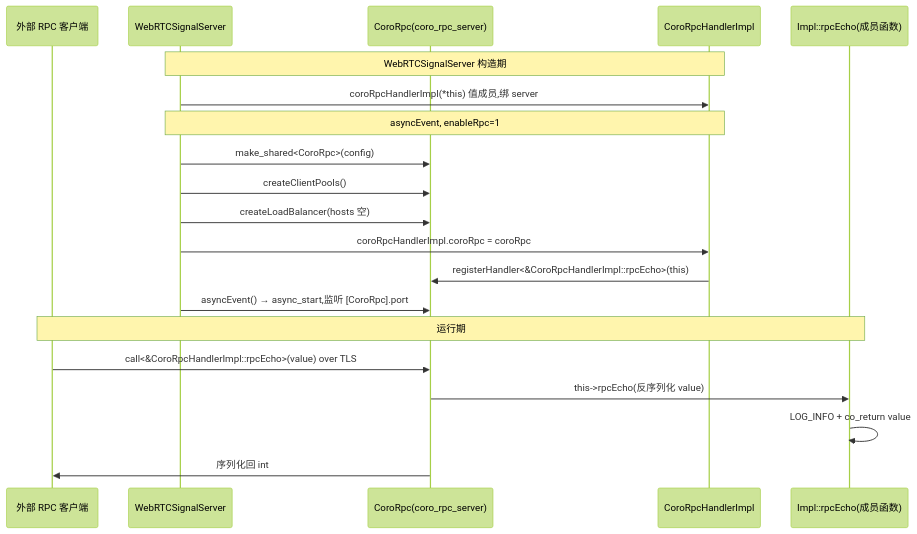
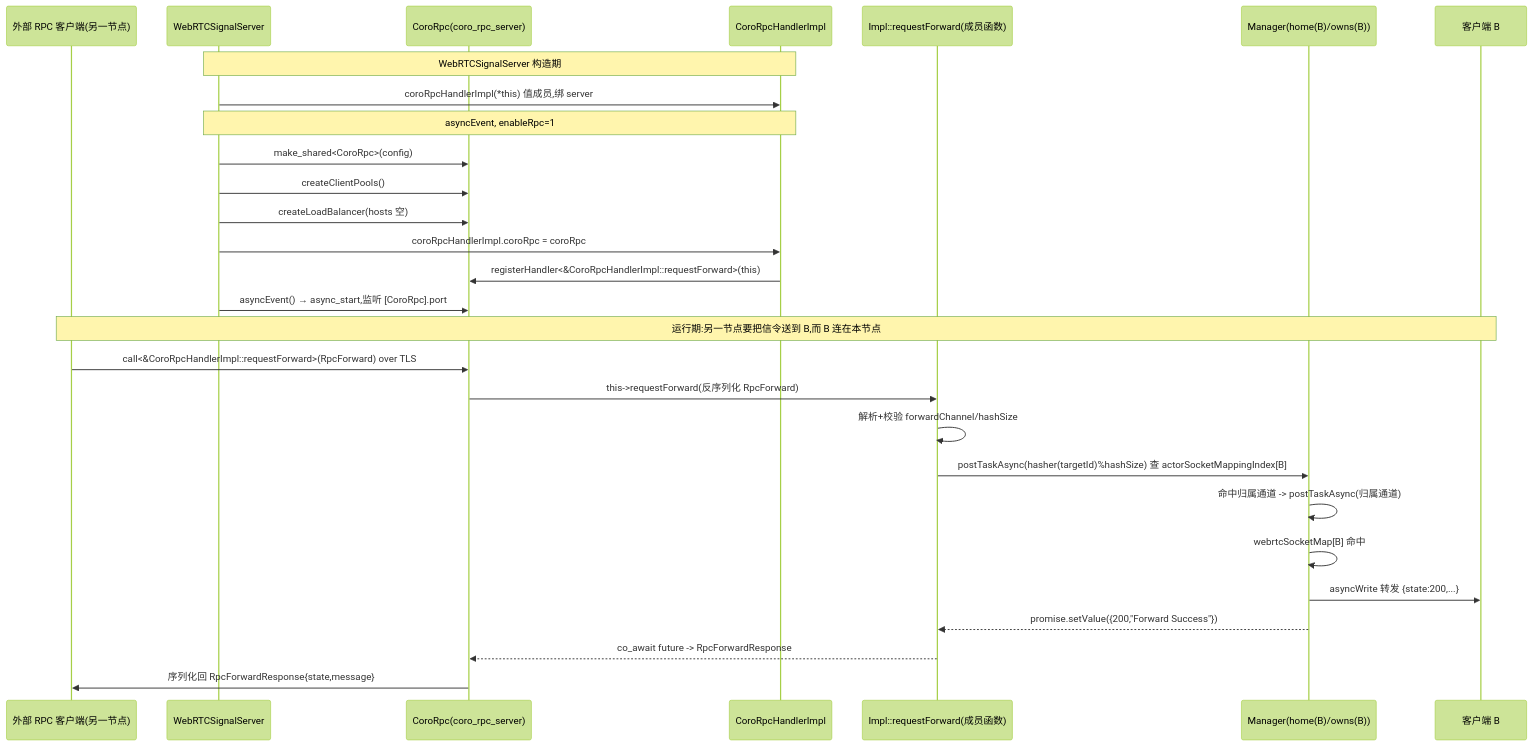
One commit to HopeTiga/HopeDesk changed the fifth of 5 diagrams in webrtc-signal-server.md. Above: the diagram before and after it, drawn with Mermaid (forest theme). The commit also changed other lines of this file, not shown here.

````diff
--- a/webrtc-signal-server.md
+++ b/webrtc-signal-server.md
@@ -558,22 +601,30 @@
 ```mermaid
 sequenceDiagram
-  participant Cli as 外部 RPC 客户端
+  participant Cli as 外部 RPC 客户端(另一节点)
   participant Srv as WebRTCSignalServer
   participant Rpc as CoroRpc(coro_rpc_server)
   participant Impl as CoroRpcHandlerImpl
-  participant Fn as Impl::rpcEcho(成员函数)
+  participant Fn as Impl::requestForward(成员函数)
+  participant Mb as Manager(home(B)/owns(B))
+  participant B as 客户端 B
   Note over Srv,Impl: WebRTCSignalServer 构造期
   Srv->>Impl: coroRpcHandlerImpl(*this) 值成员,绑 server
   Note over Srv,Impl: asyncEvent, enableRpc=1
   Srv->>Rpc: make_shared<CoroRpc>(config)
   Srv->>Rpc: createClientPools()
   Srv->>Rpc: createLoadBalancer(hosts 空)
   Srv->>Impl: coroRpcHandlerImpl.coroRpc = coroRpc
-  Impl->>Rpc: registerHandler<&CoroRpcHandlerImpl::rpcEcho>(this)
+  Impl->>Rpc: registerHandler<&CoroRpcHandlerImpl::requestForward>(this)
   Srv->>Rpc: asyncEvent() → async_start,监听 [CoroRpc].port
-  Note over Cli,Fn: 运行期
-  Cli->>Rpc: call<&CoroRpcHandlerImpl::rpcEcho>(value) over TLS
-  Rpc->>Fn: this->rpcEcho(反序列化 value)
-  Fn->>Fn: LOG_INFO + co_return value
-  Rpc->>Cli: 序列化回 int
+  Note over Cli,B: 运行期:另一节点要把信令送到 B,而 B 连在本节点
+  Cli->>Rpc: call<&CoroRpcHandlerImpl::requestForward>(RpcForward) over TLS
+  Rpc->>Fn: this->requestForward(反序列化 RpcForward)
+  Fn->>Fn: 解析+校验 forwardChannel/hashSize
+  Fn->>Mb: postTaskAsync(hasher(targetId)%hashSize) 查 actorSocketMappingIndex[B]
+  Mb->>Mb: 命中归属通道 -> postTaskAsync(归属通道)
+  Mb->>Mb: webrtcSocketMap[B] 命中
+  Mb->>B: asyncWrite 转发 {state:200,...}
+  Mb-->>Fn: promise.setValue({200,"Forward Success"})
+  Fn-->>Rpc: co_await future -> RpcForwardResponse
+  Rpc->>Cli: 序列化回 RpcForwardResponse{state,message}
 ```
````
